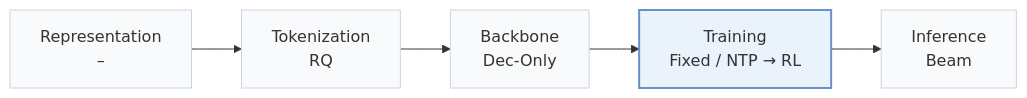
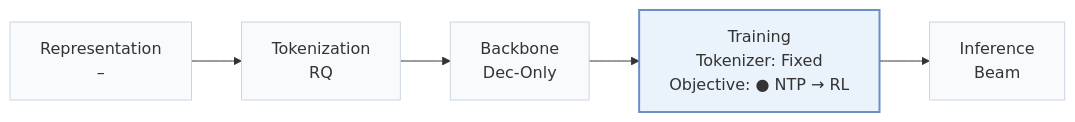
One commit to Galaxy-ghost/Awesome-SID-Generative-Rec changed the first of 2 diagrams in pages/papers/hcgrec.md. Above: the diagram before and after it, drawn with Mermaid. The commit also changed other lines of this file and 558 other files, not shown here.

````diff
--- a/pages/papers/hcgrec.md
+++ b/pages/papers/hcgrec.md
@@ -15,8 +18,8 @@
 ```mermaid
 flowchart LR
-    R["Representation<br/>–"] --> T["Tokenization<br/>RQ"] --> B["Backbone<br/>Dec-Only"] --> TR["Training<br/>Fixed / NTP → RL"] --> I["Inference<br/>Beam"]
+    R["Representation<br/>–"] --> T["Tokenization<br/>RQ"] --> B["Backbone<br/>Dec-Only"] --> TR["Training<br/>Tokenizer: Fixed<br/>Objective: ● NTP → RL"] --> I["Inference<br/>Beam"]
     classDef base fill:#f8fafc,stroke:#cbd5e1
     class R,T,B,TR,I base
     classDef main fill:#eaf2fb,stroke:#6b8fc7,stroke-width:2px
     class TR main
 ```
````
